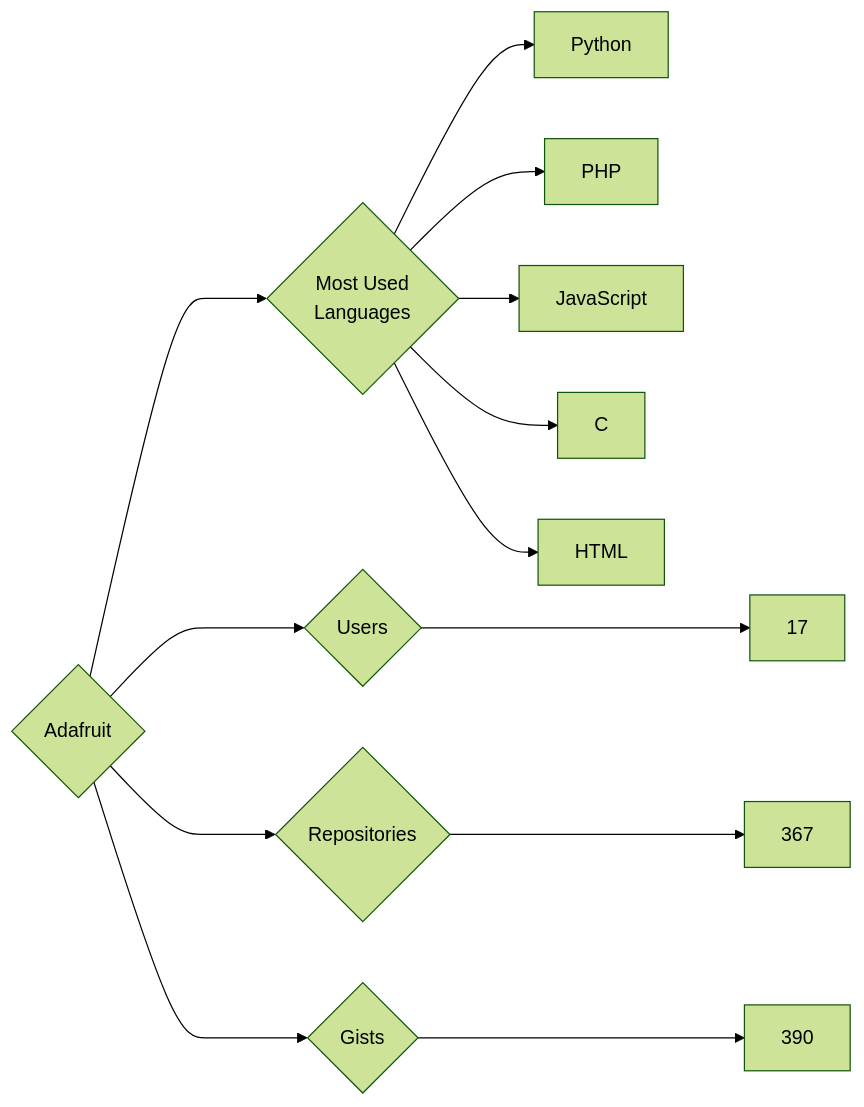
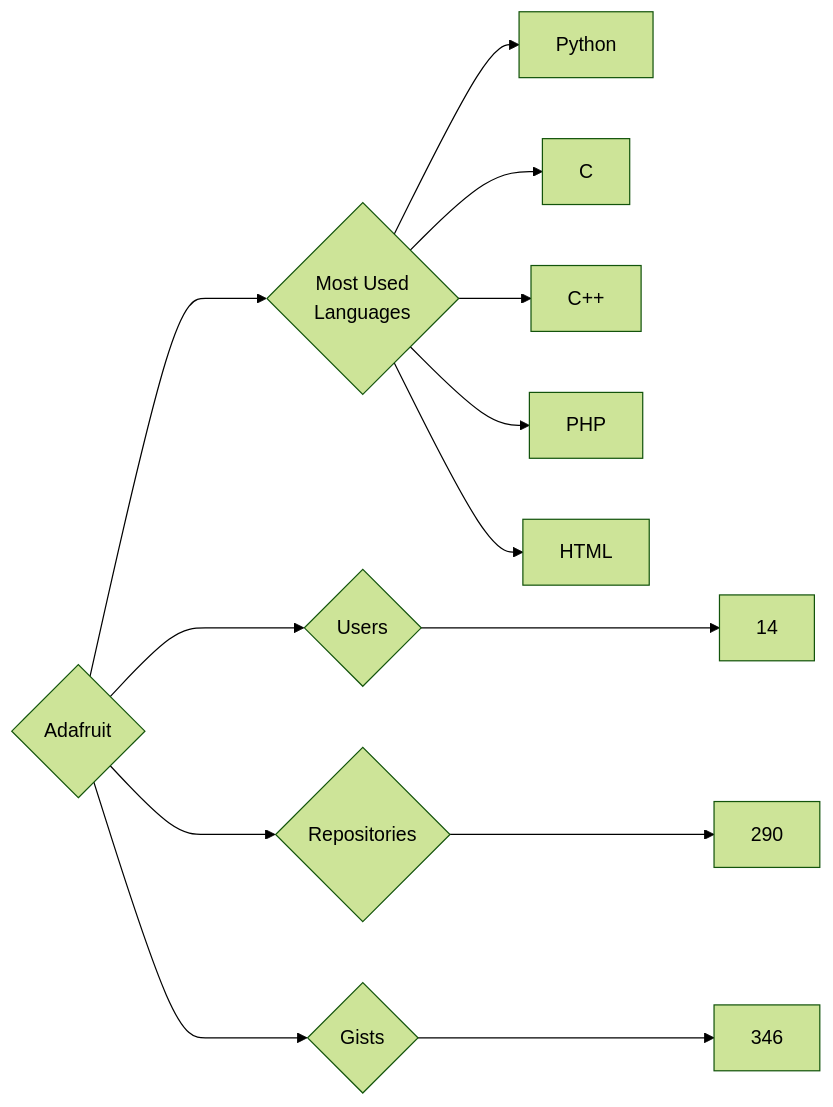
The diagram in targets/Adafruit/README.md (trickest/insiders), drawn with Mermaid (forest theme) before and after one commit. The commit also changed 736 other files, not shown here.

````diff
--- a/targets/Adafruit/README.md
+++ b/targets/Adafruit/README.md
@@ -3,13 +3,13 @@
 ```mermaid
 graph LR
 COMPANY_NAME{Adafruit}
-COMPANY_NAME ---> U{Users} ---> UN[17]
-COMPANY_NAME ---> R{Repositories} ---> RN[367]
-COMPANY_NAME ---> G{Gists} ---> GN[390]
+COMPANY_NAME ---> U{Users} ---> UN[14]
+COMPANY_NAME ---> R{Repositories} ---> RN[290]
+COMPANY_NAME ---> G{Gists} ---> GN[346]
 COMPANY_NAME ---> ML{Most Used<br>Languages}
 ML --> Python[Python]
+ML --> C[C]
+ML --> C++[C++]
 ML --> PHP[PHP]
-ML --> JavaScript[JavaScript]
-ML --> C[C]
 ML --> HTML[HTML]
 ```
````
